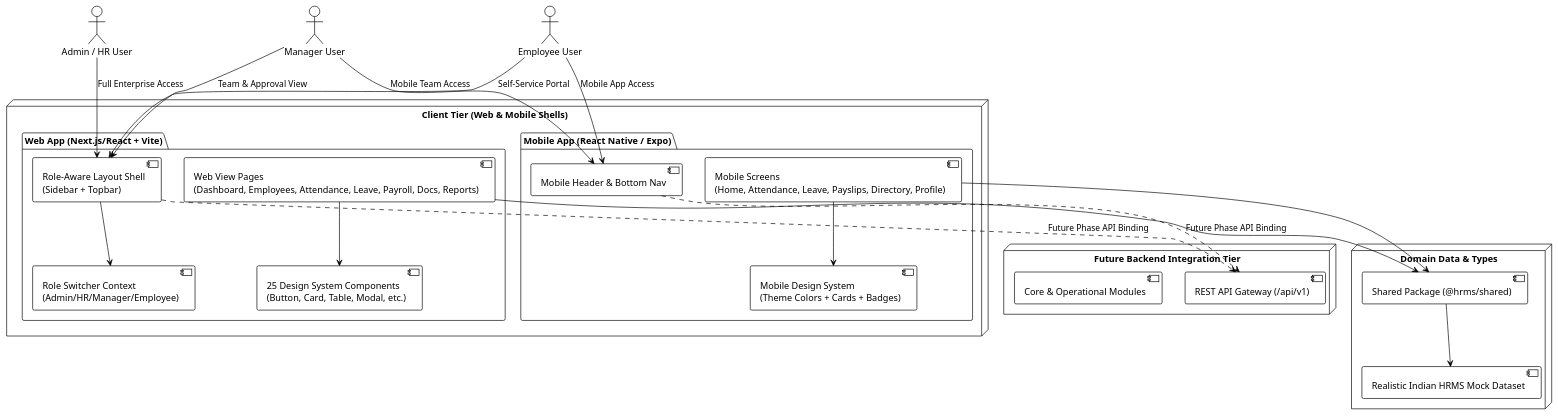
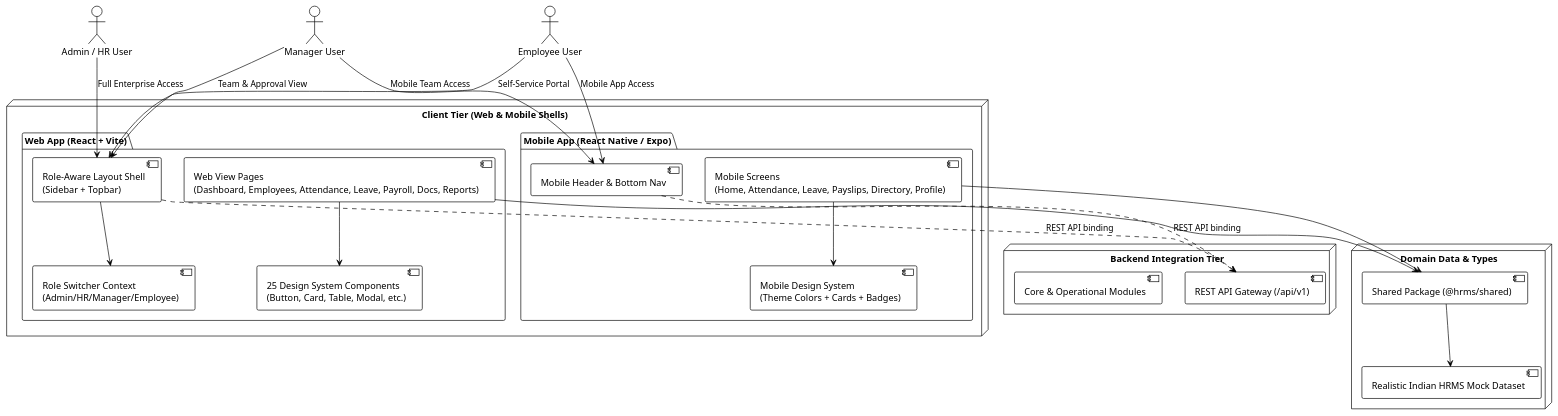
One commit to abhishekcodee/HRMS changed the diagram in docs/ui-design-system.md. Above: the diagram before and after it, drawn with PlantUML. The commit also changed other lines of this file and 10 other files, not shown here.

````diff
--- a/docs/ui-design-system.md
+++ b/docs/ui-design-system.md
@@ -9,54 +9,54 @@
 ```plantuml
 @startuml HRMS_UI_UX_Architecture
 !theme plain
 skinparam componentStyle uml2
 
 actor "Admin / HR User" as AdminUser
 actor "Manager User" as ManagerUser
 actor "Employee User" as EmployeeUser
 
 node "Client Tier (Web & Mobile Shells)" {
-  package "Web App (Next.js/React + Vite)" {
+  package "Web App (React + Vite)" {
     [Role-Aware Layout Shell\n(Sidebar + Topbar)] as WebShell
     [25 Design System Components\n(Button, Card, Table, Modal, etc.)] as WebDesignSystem
     [Role Switcher Context\n(Admin/HR/Manager/Employee)] as RoleContext
     [Web View Pages\n(Dashboard, Employees, Attendance, Leave, Payroll, Docs, Reports)] as WebPages
   }
 
   package "Mobile App (React Native / Expo)" {
     [Mobile Header & Bottom Nav] as MobileShell
     [Mobile Design System\n(Theme Colors + Cards + Badges)] as MobileDesignSystem
     [Mobile Screens\n(Home, Attendance, Leave, Payslips, Directory, Profile)] as MobileScreens
   }
 }
 
 node "Domain Data & Types" {
   [Shared Package (@hrms/shared)] as SharedPkg
   [Realistic Indian HRMS Mock Dataset] as MockDataset
 }
 
-node "Future Backend Integration Tier" {
+node "Backend Integration Tier" {
   [REST API Gateway (/api/v1)] as APIGateway
   [Core & Operational Modules] as BackendModules
 }
 
 AdminUser --> WebShell : Full Enterprise Access
 ManagerUser --> WebShell : Team & Approval View
 EmployeeUser --> WebShell : Self-Service Portal
 
 EmployeeUser --> MobileShell : Mobile App Access
 ManagerUser --> MobileShell : Mobile Team Access
 
 WebPages --> WebDesignSystem
 WebShell --> RoleContext
 WebPages --> SharedPkg
 MobileScreens --> MobileDesignSystem
 MobileScreens --> SharedPkg
 
 SharedPkg --> MockDataset
 
-WebShell ..> APIGateway : Future Phase API Binding
-MobileShell ..> APIGateway : Future Phase API Binding
+WebShell ..> APIGateway : REST API binding
+MobileShell ..> APIGateway : REST API binding
 
 @enduml
 ```
````
